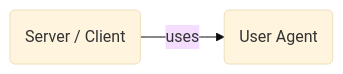
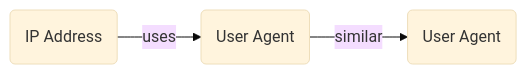
The diagram in docs/artifacts/user-agent.md (korniko98/pivot-atlas), drawn with Mermaid (base theme) before and after one commit. The commit also changed 4 other files, not shown here.

````diff
--- a/docs/artifacts/user-agent.md
+++ b/docs/artifacts/user-agent.md
@@ -35,5 +35,6 @@
 	```mermaid
 	flowchart LR
-		SERVER("Server / Client") -- uses --> USER_AGENT("User Agent")
+		IP_ADDRESS("IP Address") -- uses --> USER_AGENT("User Agent")
+		USER_AGENT -- similar --> USER_AGENT_("User Agent")
 		click SERVER "#servers"
 	```
````
